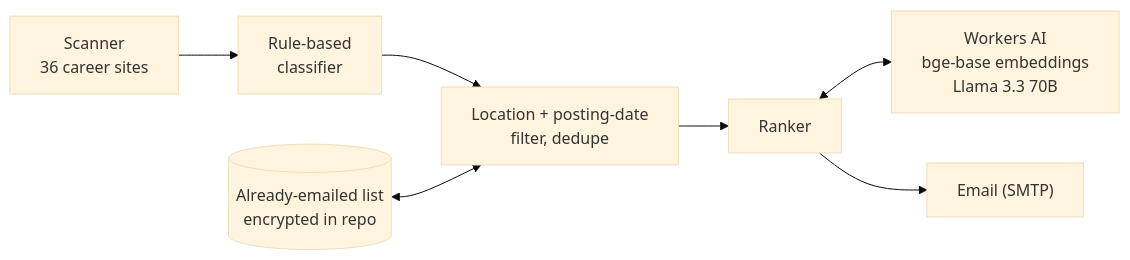
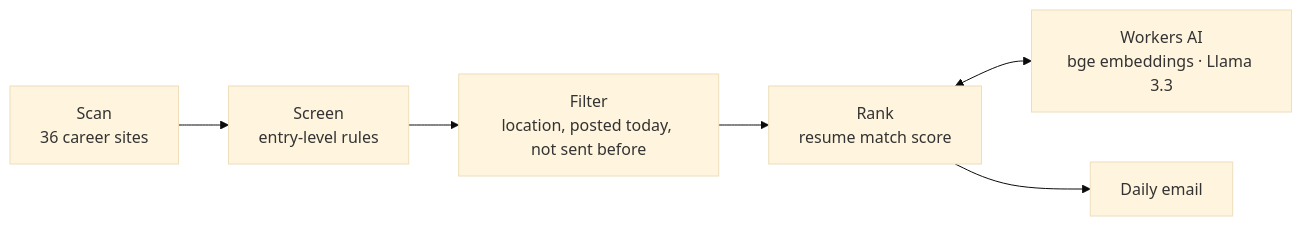
The diagram in README.md (tianna0/job-search-agent), drawn with Mermaid (base theme) before and after one commit. The commit also changed other lines of this file, not shown here.

````diff
--- a/README.md
+++ b/README.md
@@ -15,9 +5,8 @@
 ```mermaid
 flowchart LR
-  SC["Scanner<br/>36 career sites"] --> CL["Rule-based<br/>classifier"]
-  CL --> FI["Location + posting-date<br/>filter, dedupe"]
-  FI --> RK["Ranker"]
-  RK <--> AI["Workers AI<br/>bge-base embeddings<br/>Llama 3.3 70B"]
-  RK --> MAIL["Email (SMTP)"]
-  ST[("Already-emailed list<br/>encrypted in repo")] <--> FI
+  SC["Scan<br/>36 career sites"] --> CL["Screen<br/>entry-level rules"]
+  CL --> FI["Filter<br/>location, posted today, not sent before"]
+  FI --> RK["Rank<br/>resume match score"]
+  RK <--> AI["Workers AI<br/>bge embeddings · Llama 3.3"]
+  RK --> MAIL["Daily email"]
 ```
````
